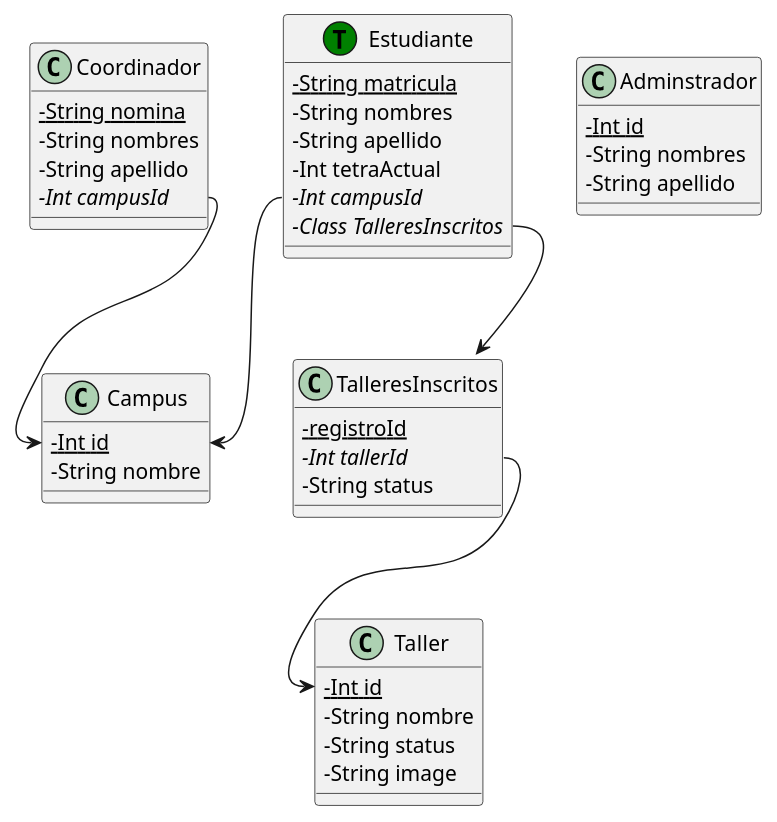
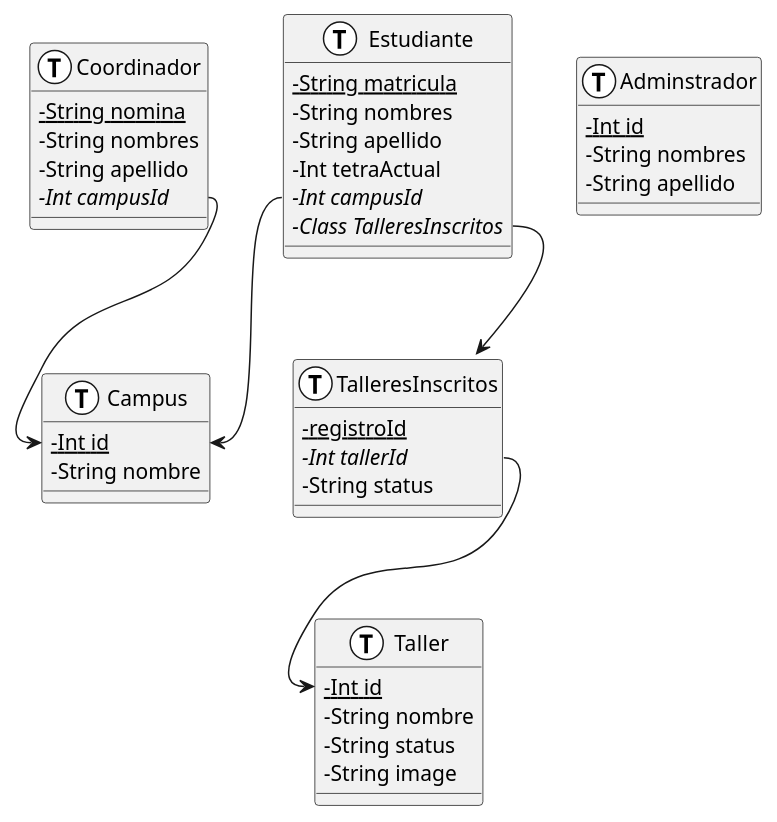
Before and after one commit to facund015/codeRelatedObsidianNotes: the diagram in Reto/Base de datos.md, drawn with PlantUML.

Commit message:
vault backup: 2021-10-12 12:32:07

````diff
--- a/Reto/Base de datos.md
+++ b/Reto/Base de datos.md
@@ -2,51 +2,51 @@
 ```plantuml
 @startuml
 skinparam classAttributeIconSize 0
-class Estudiante <<(T,green)>> {
+class Estudiante <<(T,white)>> {
 	{static} - String matricula
 	-String nombres
 	-String apellido
 	-Int tetraActual
 	{abstract} -Int campusId
 	{abstract} -Class TalleresInscritos
 }
 
-class Campus {
+class Campus <<(T,white)>> {
 	{static} -Int id
 	-String nombre
 }
 
-class TalleresInscritos {
+class TalleresInscritos <<(T,white)>> {
 	{static} -registroId 
 	{abstract} -Int tallerId
 	-String status
 }
 
-class Coordinador {
+class Coordinador <<(T,white)>> {
 	{static} -String nomina
 	-String nombres
 	-String apellido
 	{abstract} -Int campusId
 }
 
-class Taller {
+class Taller <<(T,white)>> {
     {static} -Int id 
     - String nombre
     - String status
     - String image
 }
 
 
-class Adminstrador {
+class Adminstrador <<(T,white)>> {
 	{static} -Int id
 	-String nombres
 	-String apellido
 }
 
 Estudiante::TalleresInscritos --> TalleresInscritos
 TalleresInscritos::tallerId --> Taller::id
 Estudiante::campusId --> Campus::id
 Coordinador::campusId --> Campus::id 
 
 @enduml
 ```
````
